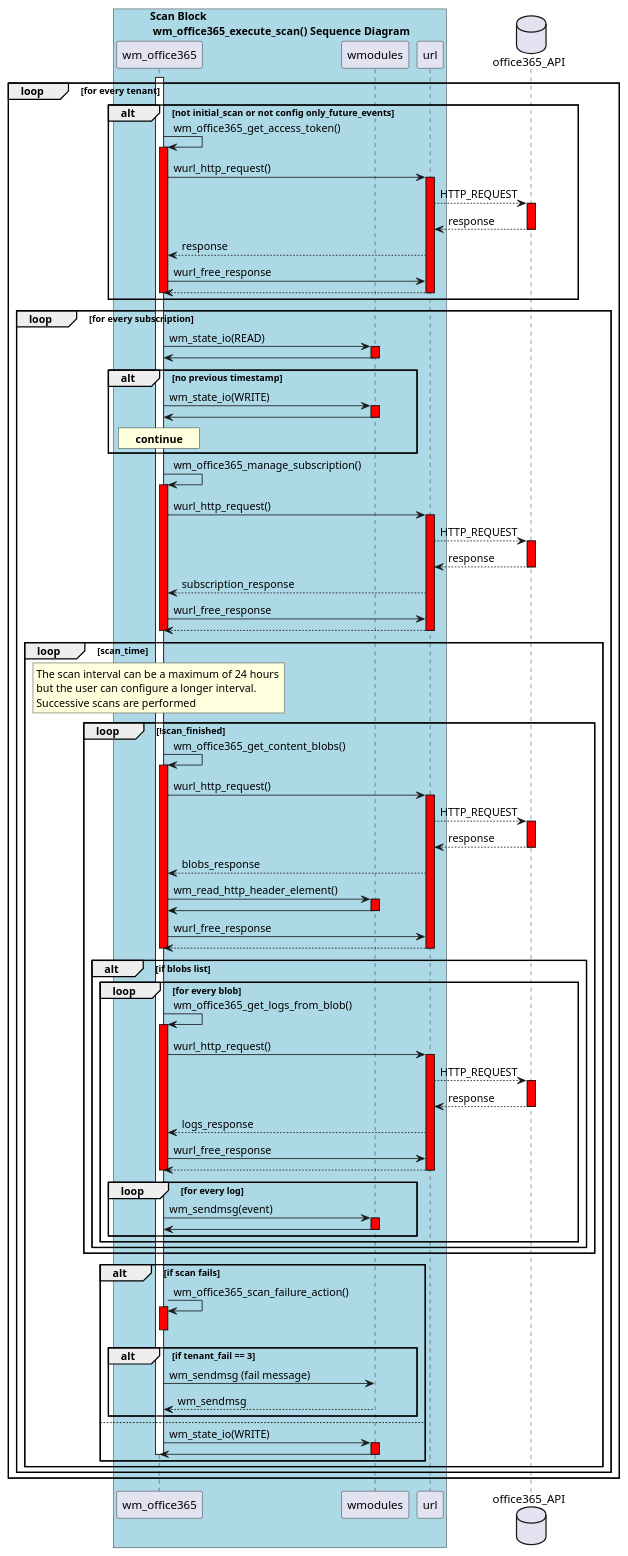
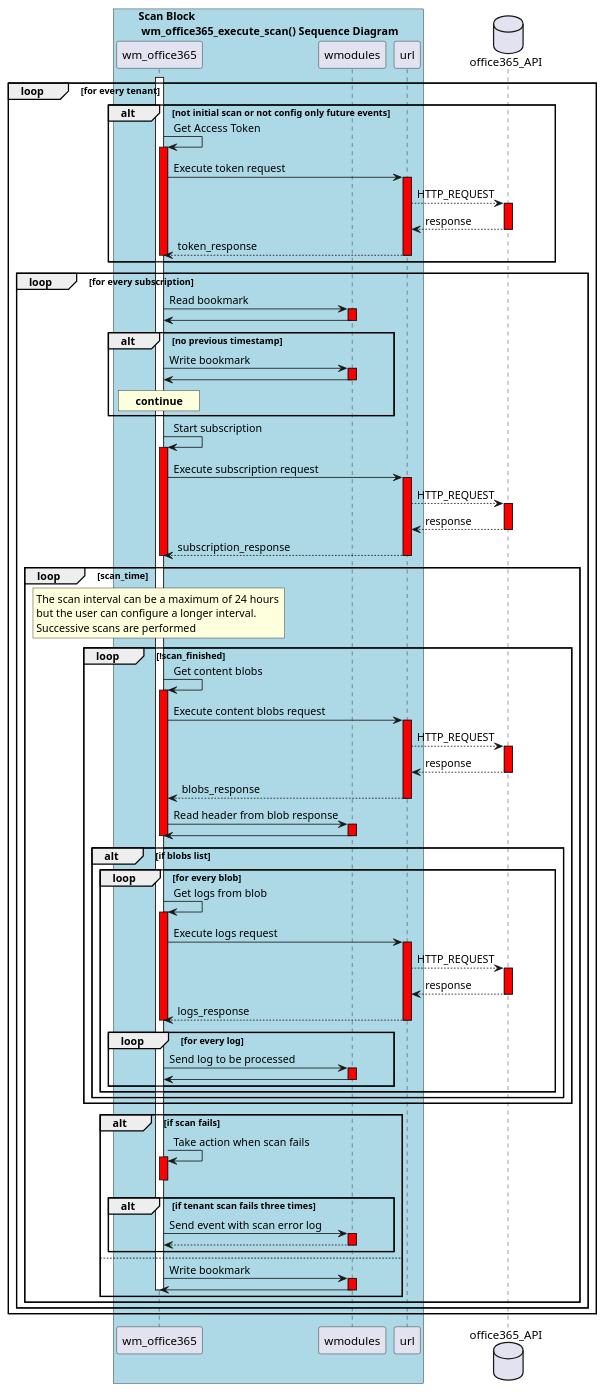
One commit to wazuh/wazuh-agent changed the diagram in architecture/wm_office365/002-sequence-scan-block.puml. Above: the diagram before and after it, drawn with PlantUML. The commit also changed 1 other file, not shown here.

Commit message:
Rename functions in Office365 module diagram to be more readable

```diff
--- a/architecture/wm_office365/002-sequence-scan-block.puml
+++ b/architecture/wm_office365/002-sequence-scan-block.puml
@@ -5,87 +5,79 @@
 @startuml wm_office365
 box "Scan Block \n wm_office365_execute_scan() Sequence Diagram" #LightBlue
 participant wm_office365
 participant wmodules
 participant url
 end box
 
 activate wm_office365
 loop for every tenant
-    alt not initial_scan or not config only_future_events
-        wm_office365 -> wm_office365 ++ #red : wm_office365_get_access_token()
-        wm_office365 -> url ++ #red : wurl_http_request()
+    alt not initial scan or not config only future events
+        wm_office365 -> wm_office365 ++ #red : Get Access Token
+        wm_office365 -> url ++ #red : Execute token request
         database office365_API
         url --> office365_API ++ #red : HTTP_REQUEST
         office365_API --> url -- #red : response
-        url --> wm_office365 : response
-        wm_office365 -> url : wurl_free_response
-        wm_office365 <-- url -- #red
+        url --> wm_office365 -- #red: token_response
         deactivate wm_office365
     end
 
     loop for every subscription
-        wm_office365 -> wmodules ++ #red : wm_state_io(READ)
+        wm_office365 -> wmodules ++ #red : Read bookmark
         wm_office365 <- wmodules -- #red
 
         alt no previous timestamp
-            wm_office365 -> wmodules ++ #red: wm_state_io(WRITE)
+            wm_office365 -> wmodules ++ #red: Write bookmark
             wm_office365 <- wmodules -- #red
             rnote over wm_office365, wm_office365: **continue**
         end
 
-        wm_office365 -> wm_office365 ++ #red: wm_office365_manage_subscription()
-        wm_office365 -> url ++ #red: wurl_http_request()
+        wm_office365 -> wm_office365 ++ #red: Start subscription
+        wm_office365 -> url ++ #red: Execute subscription request
         url --> office365_API ++ #red : HTTP_REQUEST
         office365_API --> url -- #red : response
-        url --> wm_office365 : subscription_response
-        wm_office365 -> url : wurl_free_response
-        wm_office365 <-- url -- #red
+        url --> wm_office365 -- #red: subscription_response
         deactivate wm_office365
 
         loop scan_time 
             rnote over wm_office365, wm_office365: The scan interval can be a maximum of 24 hours \nbut the user can configure a longer interval.\nSuccessive scans are performed
             loop !scan_finished
-                wm_office365 -> wm_office365 ++ #red: wm_office365_get_content_blobs()
-                wm_office365 -> url ++ #red: wurl_http_request()
+                wm_office365 -> wm_office365 ++ #red: Get content blobs
+                wm_office365 -> url ++ #red: Execute content blobs request
                 url --> office365_API ++ #red : HTTP_REQUEST
                 office365_API --> url -- #red : response
-                url --> wm_office365 : blobs_response
-                wm_office365 -> wmodules ++ #red : wm_read_http_header_element()
+                url --> wm_office365 -- #red : blobs_response
+                wm_office365 -> wmodules ++ #red : Read header from blob response
                 wm_office365 <- wmodules -- #red
-                wm_office365 -> url : wurl_free_response
-                wm_office365 <-- url -- #red
                 deactivate wm_office365
                 alt if blobs list
                     loop for every blob
-                        wm_office365 -> wm_office365 ++ #red : wm_office365_get_logs_from_blob()
-                        wm_office365 -> url ++ #red : wurl_http_request()
+                        wm_office365 -> wm_office365 ++ #red : Get logs from blob
+                        wm_office365 -> url ++ #red : Execute logs request
                         url --> office365_API ++ #red : HTTP_REQUEST
                         office365_API --> url -- #red : response
-                        url --> wm_office365 : logs_response
-                        wm_office365 -> url : wurl_free_response
-                        wm_office365 <-- url -- #red
+                        url --> wm_office365 -- #red: logs_response
                         deactivate wm_office365
                         loop for every log
-                            wm_office365 -> wmodules ++ #red : wm_sendmsg(event)
+                            wm_office365 -> wmodules ++ #red : Send log to be processed
                             wm_office365 <- wmodules -- #red
                         end
                     end
                 end
             end
 
             alt if scan fails
-                wm_office365 -> wm_office365 ++ #red: wm_office365_scan_failure_action()
+                wm_office365 -> wm_office365 ++ #red: Take action when scan fails
                 deactivate wm_office365
-                alt if tenant_fail == 3
-                    wm_office365 -> wmodules : wm_sendmsg (fail message)
-                    wm_office365 <-- wmodules : wm_sendmsg
+                alt if tenant scan fails three times
+                    wm_office365 -> wmodules ++ #red: Send event with scan error log
+                    wm_office365 <-- wmodules -- #red:
                 end
             else
-                wm_office365 -> wmodules ++ #red : wm_state_io(WRITE)
+                wm_office365 -> wmodules ++ #red : Write bookmark
                 wm_office365 <- wmodules -- #red
                 deactivate wm_office365
             end
         end
     end
 end
 @enduml wm_office365
```
